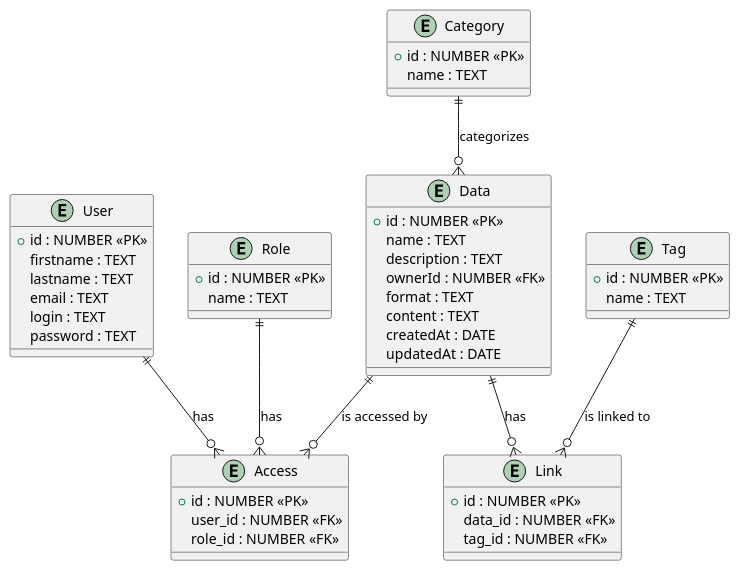
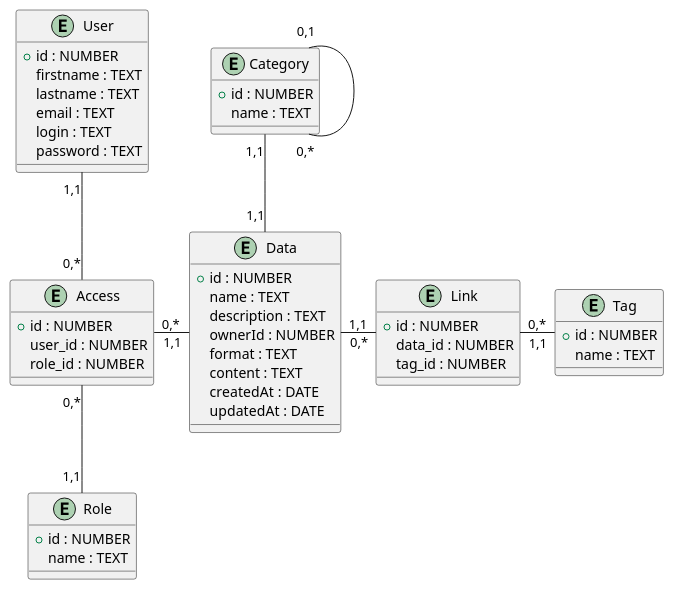
Before and after one commit to vegetable5/db-lab6: the second of 2 diagrams in docs/design.md, drawn with PlantUML.

Commit message:
change ERModel

````diff
--- a/docs/design.md
+++ b/docs/design.md
@@ -102,60 +102,61 @@
 ```plantuml
 
 @startuml
 
 entity User {
-    +id : NUMBER <<PK>>
+    +id : NUMBER 
     firstname : TEXT
     lastname : TEXT
     email : TEXT
     login : TEXT
     password : TEXT
 }
 
 entity Role {
-    +id : NUMBER <<PK>>
+    +id : NUMBER 
     name : TEXT
 }
 
 entity Access {
-    +id : NUMBER <<PK>>
-    user_id : NUMBER <<FK>>
-    role_id : NUMBER <<FK>>
+    +id : NUMBER 
+    user_id : NUMBER 
+    role_id : NUMBER 
 }
 
 entity Data {
-    +id : NUMBER <<PK>>
+    +id : NUMBER 
     name : TEXT
     description : TEXT
-    ownerId : NUMBER <<FK>>
+    ownerId : NUMBER 
     format : TEXT
     content : TEXT
     createdAt : DATE
     updatedAt : DATE
 }
 
 entity Tag {
-    +id : NUMBER <<PK>>
+    +id : NUMBER 
     name : TEXT
 }
 
 entity Category {
-    +id : NUMBER <<PK>>
+    +id : NUMBER 
     name : TEXT
 }
 
 entity Link {
-    +id : NUMBER <<PK>>
-    data_id : NUMBER <<FK>>
-    tag_id : NUMBER <<FK>>
+    +id : NUMBER 
+    data_id : NUMBER 
+    tag_id : NUMBER 
 }
 
-User ||--o{ Access : "has"
-Role ||--o{ Access : "has"
-Data ||--o{ Access : "is accessed by"
-Data ||--o{ Link : "has"
-Tag ||--o{ Link : "is linked to"
-Category ||--o{ Data : "categorizes"
+User "1,1"-d-"0,*" Access 
+Role "1,1"-u-"0,*" Access  
+Access "0,*"-r-"1,1" Data 
+Data "1,1"-r-"0,*" Link 
+Link "0,*"-r-"1,1" Tag 
+Data "1,1"-u-"1,1" Category 
+Category "0,*"-u-"0,1" Category 
 
 @enduml
 ```
````
